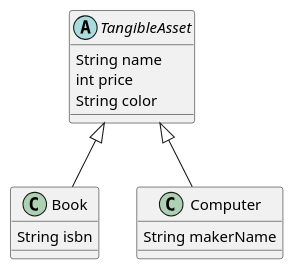
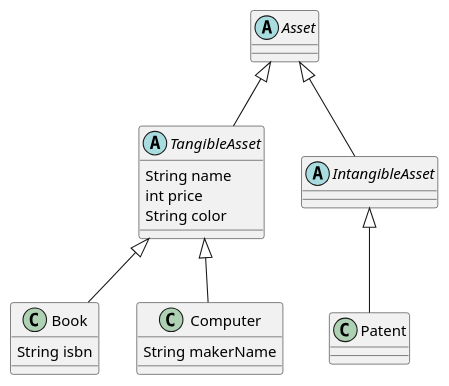
Before and after one commit to SurvivalCodingCampus/gangnam3-java-oop: the diagram in docs/asset.puml, drawn with PlantUML.

Commit message:
docs: feat: 자산 UML 확장

```diff
--- a/docs/asset.puml
+++ b/docs/asset.puml
@@ -1,17 +1,25 @@
 @startuml
 
-abstract class TangibleAsset {
+abstract class Asset {}
+
+abstract class TangibleAsset extends Asset {
 String name
 int price
 String color
 }
 
 class Book extends TangibleAsset {
 String isbn
 }
 
 class Computer extends TangibleAsset {
 String makerName
 }
 
+abstract class IntangibleAsset extends Asset {
+}
+
+class Patent extends IntangibleAsset {
+}
+
 @enduml
```
